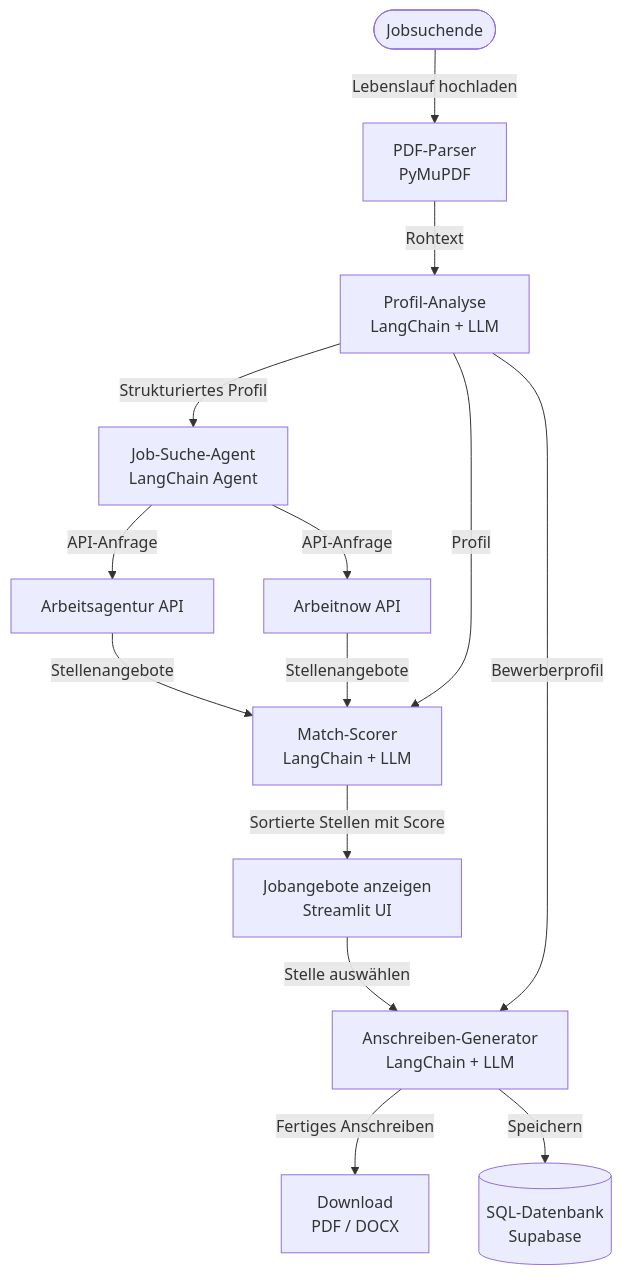
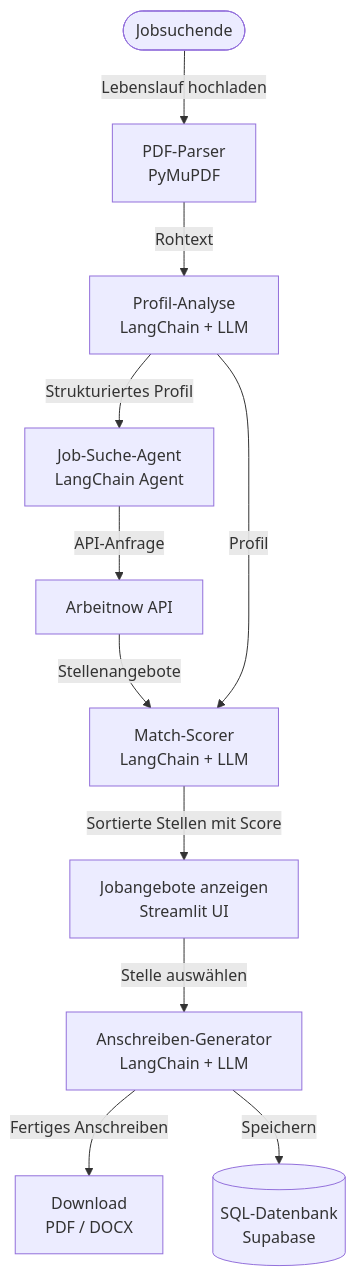
Before and after one commit to dnburp4/agent-jobs-python: the diagram in readme.md, drawn with Mermaid. The commit also changed other lines of this file, not shown here.

````diff
--- a/readme.md
+++ b/readme.md
@@ -47,16 +47,13 @@
 ```mermaid
 flowchart TD
     A([Jobsuchende]) -->|Lebenslauf hochladen| B["PDF-Parser<br/>PyMuPDF"]
     B -->|Rohtext| C["Profil-Analyse<br/>LangChain + LLM"]
     C -->|Strukturiertes Profil| D["Job-Suche-Agent<br/>LangChain Agent"]
-    D -->|API-Anfrage| E1[Arbeitsagentur API]
     D -->|API-Anfrage| E2[Arbeitnow API]
-    E1 -->|Stellenangebote| M["Match-Scorer<br/>LangChain + LLM"]
-    E2 -->|Stellenangebote| M
+    E2 -->|Stellenangebote| M["Match-Scorer<br/>LangChain + LLM"]
     C -->|Profil| M
     M -->|Sortierte Stellen mit Score| F["Jobangebote anzeigen<br/>Streamlit UI"]
     F -->|Stelle auswählen| G["Anschreiben-Generator<br/>LangChain + LLM"]
-    C -->|Bewerberprofil| G
     G -->|Fertiges Anschreiben| H["Download<br/>PDF / DOCX"]
     G -->|Speichern| I[("SQL-Datenbank<br/>Supabase")]
 ```
````
